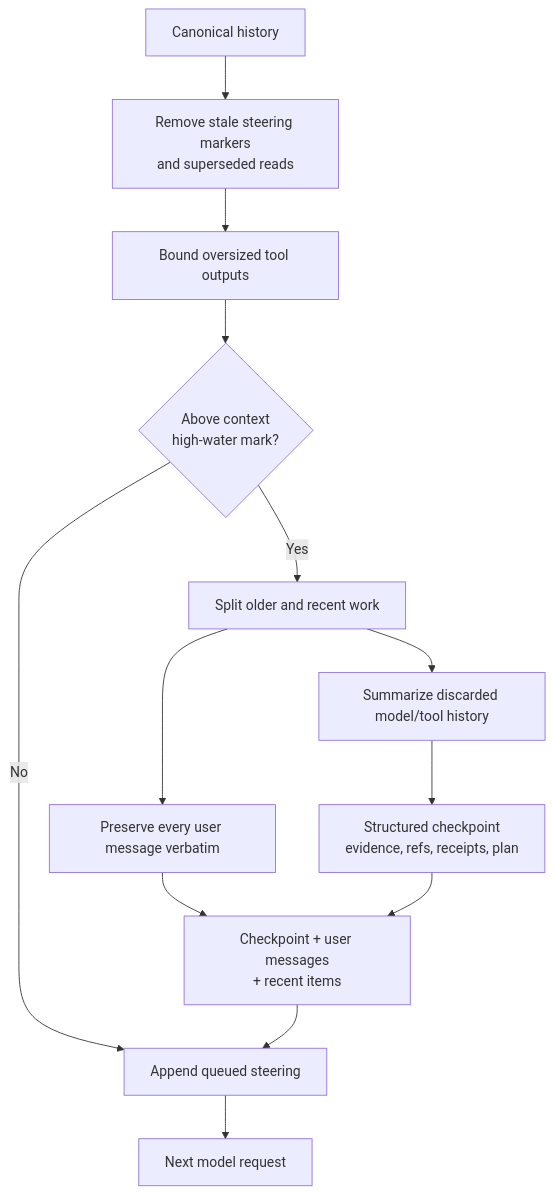
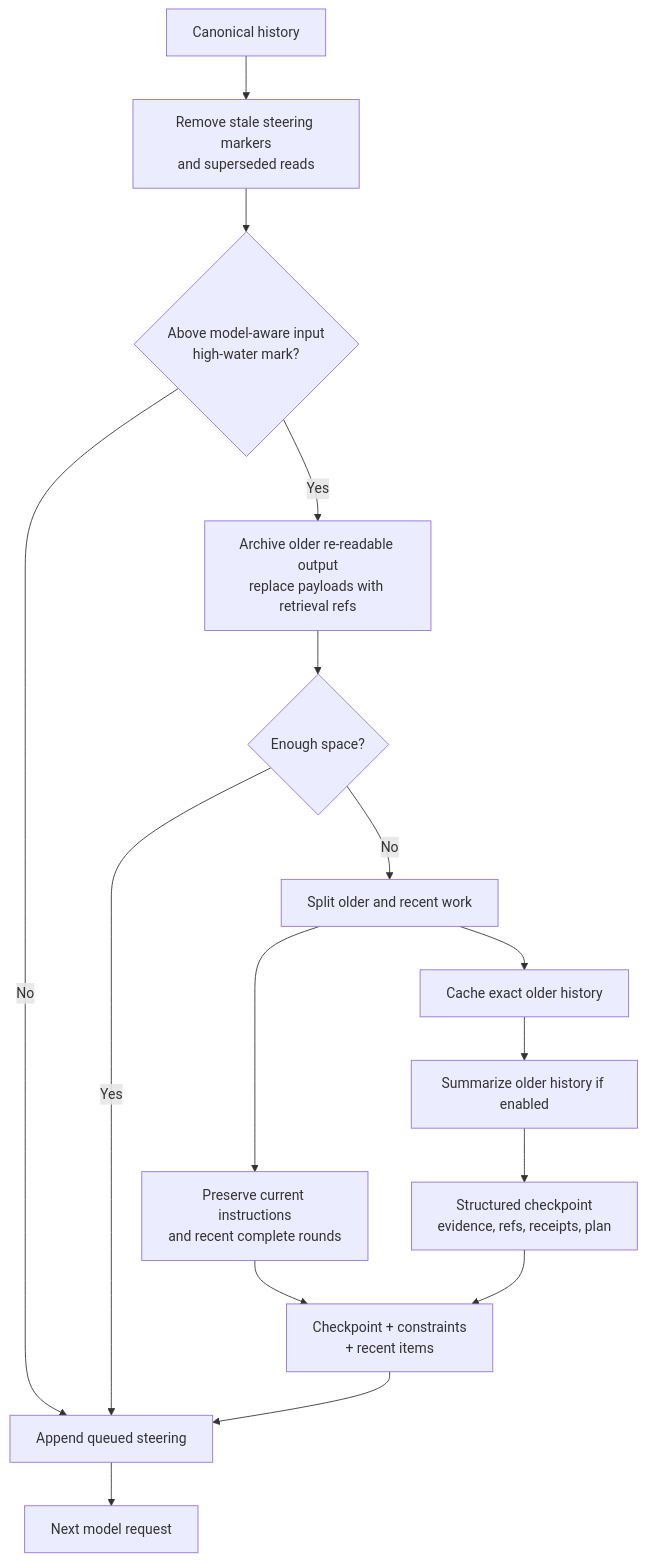
One commit to giridharmunagala/scholarweave changed diagram 13 of 16 in docs/architecture.md. Above: the diagram before and after it, drawn with Mermaid. The commit also changed other lines of this file and 89 other files, not shown here.

````diff
--- a/docs/architecture.md
+++ b/docs/architecture.md
@@ -412,15 +425,18 @@
 ```mermaid
 flowchart TD
     History[Canonical history] --> Normalize[Remove stale steering markers<br/>and superseded reads]
-    Normalize --> Bound[Bound oversized tool outputs]
-    Bound --> Size{Above context<br/>high-water mark?}
+    Normalize --> Size{Above model-aware input<br/>high-water mark?}
     Size -->|No| Steering[Append queued steering]
-    Size -->|Yes| Split[Split older and recent work]
-    Split --> Preserve[Preserve every user message verbatim]
-    Split --> Summarize[Summarize discarded model/tool history]
+    Size -->|Yes| Cache[Archive older re-readable output<br/>replace payloads with retrieval refs]
+    Cache --> Fits{Enough space?}
+    Fits -->|Yes| Steering
+    Fits -->|No| Split[Split older and recent work]
+    Split --> Preserve[Preserve current instructions<br/>and recent complete rounds]
+    Split --> Archive[Cache exact older history]
+    Archive --> Summarize[Summarize older history if enabled]
     Summarize --> Checkpoint[Structured checkpoint<br/>evidence, refs, receipts, plan]
-    Preserve --> Rebuild[Checkpoint + user messages<br/>+ recent items]
+    Preserve --> Rebuild[Checkpoint + constraints<br/>+ recent items]
     Checkpoint --> Rebuild
     Rebuild --> Steering
     Steering --> Model[Next model request]
 ```
````
